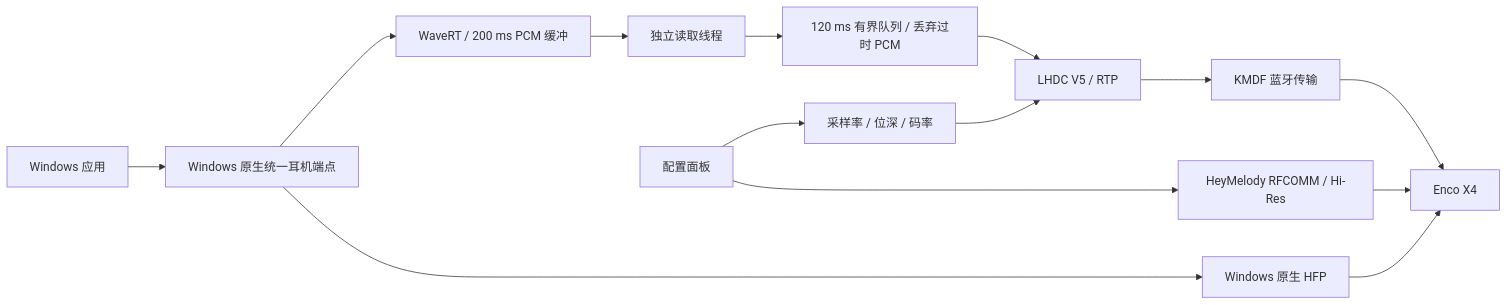
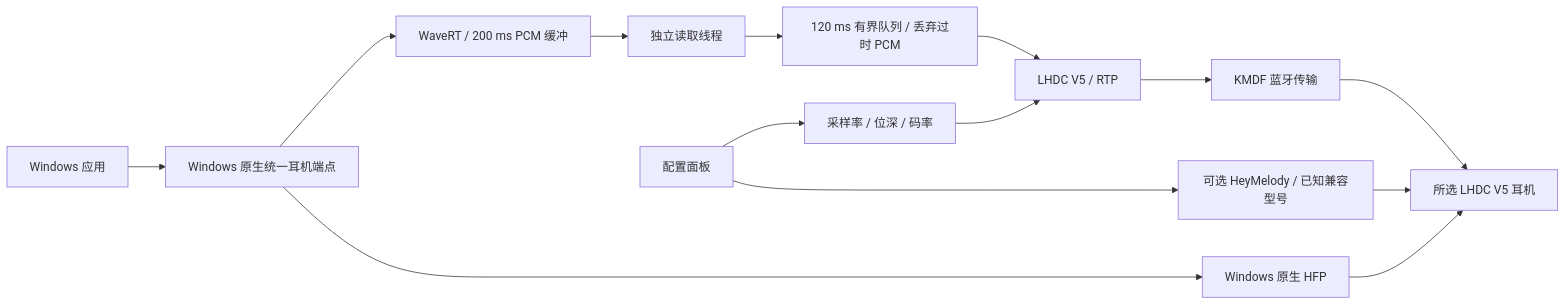
Before and after one commit to Wayne-u/LHDC-Win: the diagram in docs/architecture.md, drawn with Mermaid. The commit also changed other lines of this file and 43 other files, not shown here.

````diff
--- a/docs/architecture.md
+++ b/docs/architecture.md
@@ -5,16 +7,16 @@
 ```mermaid
 flowchart LR
     App[Windows 应用] --> Endpoint[Windows 原生统一耳机端点]
     Endpoint --> WaveRT[WaveRT / 200 ms PCM 缓冲]
     WaveRT --> Reader[独立读取线程]
     Reader --> Queue[120 ms 有界队列 / 丢弃过时 PCM]
     Queue --> Encode[LHDC V5 / RTP]
     Encode --> Transport[KMDF 蓝牙传输]
-    Transport --> Earbuds[Enco X4]
+    Transport --> Earbuds[所选 LHDC V5 耳机]
     Endpoint --> HFP[Windows 原生 HFP]
     HFP --> Earbuds
     Panel[配置面板] --> Profile[采样率 / 位深 / 码率]
-    Panel --> Control[HeyMelody RFCOMM / Hi-Res]
+    Panel --> Control[可选 HeyMelody / 已知兼容型号]
     Control --> Earbuds
     Profile --> Encode
 ```
````
